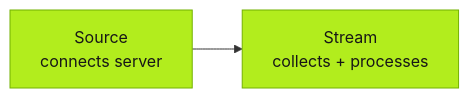
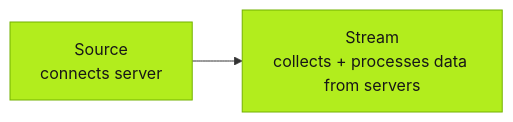
The third of 3 diagrams in src/content/docs/using-tier0/preparing-data-foundation.mdx (FREEZONEX/Tier0-docs-site), drawn with Mermaid before and after one commit. The commit also changed other lines of this file and 24 other files, not shown here.

````diff
--- a/src/content/docs/using-tier0/preparing-data-foundation.mdx
+++ b/src/content/docs/using-tier0/preparing-data-foundation.mdx
@@ -68,7 +68,7 @@
 ```mermaid
 flowchart LR
-  source["Source<br/>connects server"] --> stream["Stream<br/>collects + processes"]
+  source["Source<br/>connects server"] --> stream["Stream<br/>collects + processes data from servers"]
 
   classDef t0accent fill:#B2ED1D,stroke:#73B200,color:#171717
   class source,stream t0accent
 ```
````
